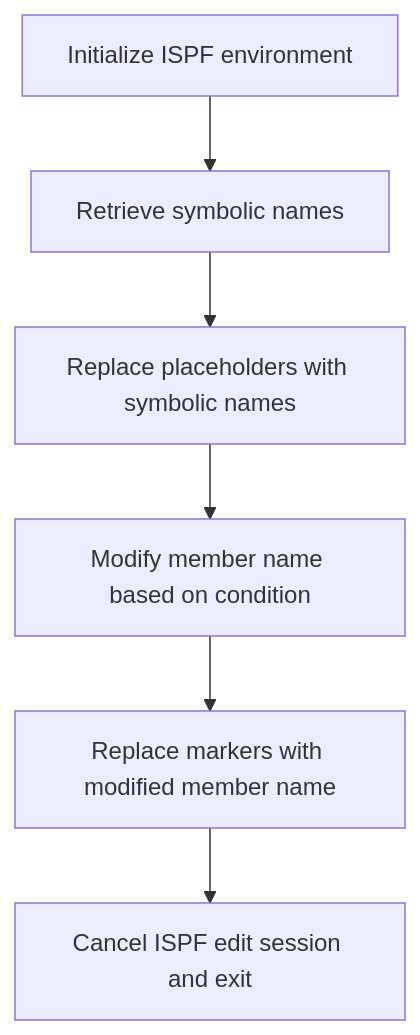
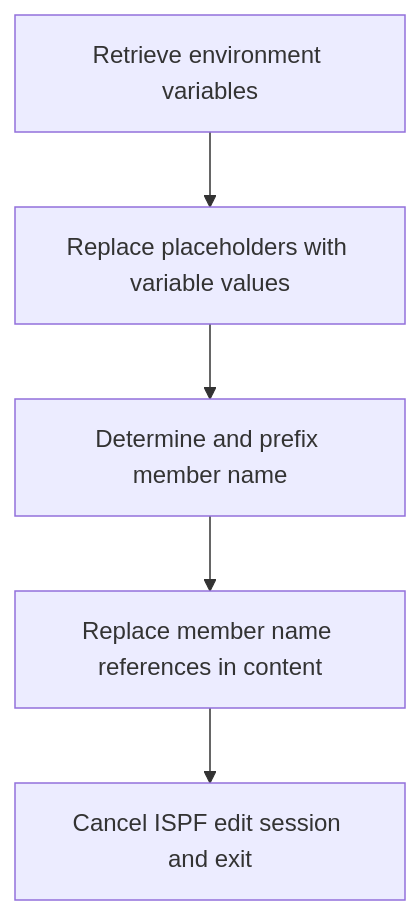
One commit to Giri-Swimm/Swimmio-genapp-house changed the diagram in .swm/mac1-rexx-script-overview.uqpecr97.sw.md. Above: the diagram before and after it, drawn with Mermaid. The commit also changed other lines of this file and 27 other files, not shown here.

````diff
--- a/.swm/mac1-rexx-script-overview.uqpecr97.sw.md
+++ b/.swm/mac1-rexx-script-overview.uqpecr97.sw.md
@@ -19,8 +18,7 @@
 ```mermaid
 flowchart TD
-    A[Initialize ISPF environment] --> B[Retrieve symbolic names]
-    B --> C[Replace placeholders with symbolic names]
-    C --> D[Modify member name based on condition]
-    D --> E[Replace markers with modified member name]
-    E --> F[Cancel ISPF edit session and exit]
+    A[Retrieve environment variables] --> B[Replace placeholders with variable values]
+    B --> C[Determine and prefix member name]
+    C --> D[Replace member name references in content]
+    D --> E[Cancel ISPF edit session and exit]
 ```
````
